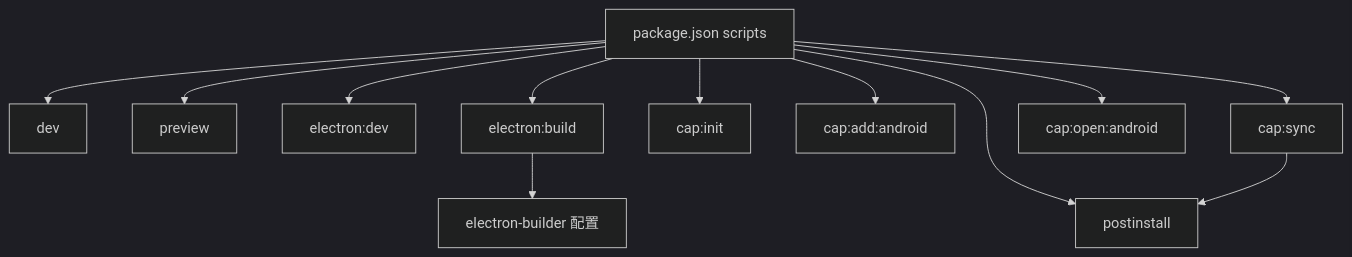
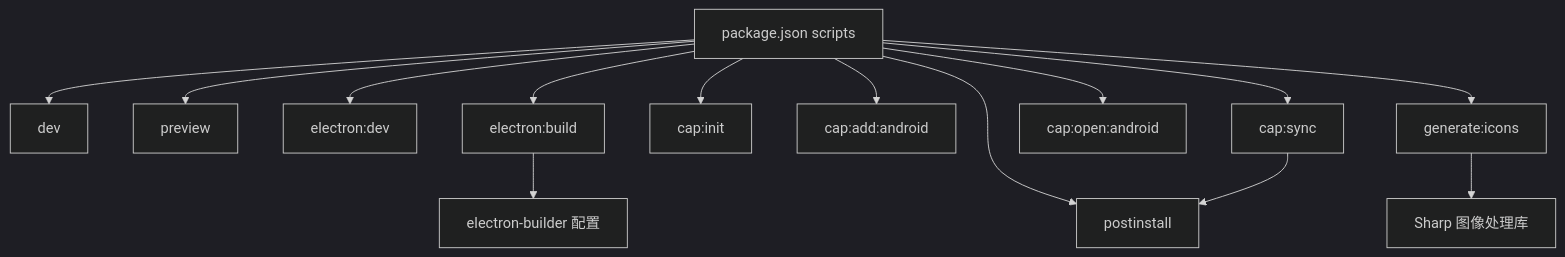
One commit to xiao-lin-unit/yuan changed the sixth of 8 diagrams in .qoder/repowiki/zh/content/跨平台支持/构建脚本与自动化.md. Above: the diagram before and after it, drawn with Mermaid (dark theme). The commit also changed other lines of this file and 11 other files, not shown here.

````diff
--- a/.qoder/repowiki/zh/content/跨平台支持/构建脚本与自动化.md
+++ b/.qoder/repowiki/zh/content/跨平台支持/构建脚本与自动化.md
@@ -202,14 +265,16 @@
 ```mermaid
 graph TB
 P["package.json scripts"] --> Dev["dev"]
 P --> Preview["preview"]
 P --> EDev["electron:dev"]
 P --> EBuild["electron:build"]
 P --> CInit["cap:init"]
 P --> CAdd["cap:add:android"]
 P --> CSync["cap:sync"]
 P --> COpen["cap:open:android"]
+P --> Icons["generate:icons"]
 P --> Post["postinstall"]
 EBuild --> EB["electron-builder 配置"]
 CSync --> Post
+Icons --> Sharp["Sharp 图像处理库"]
 ```
````
